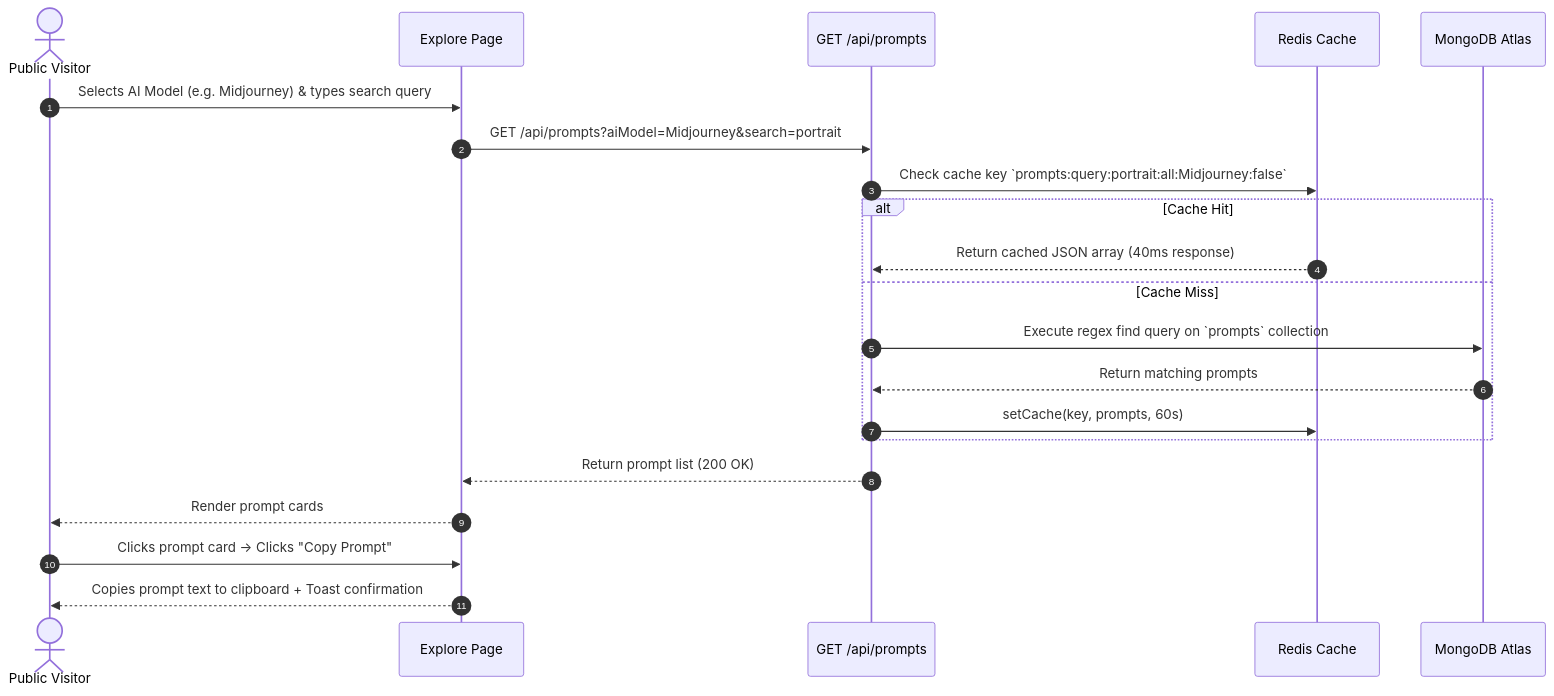
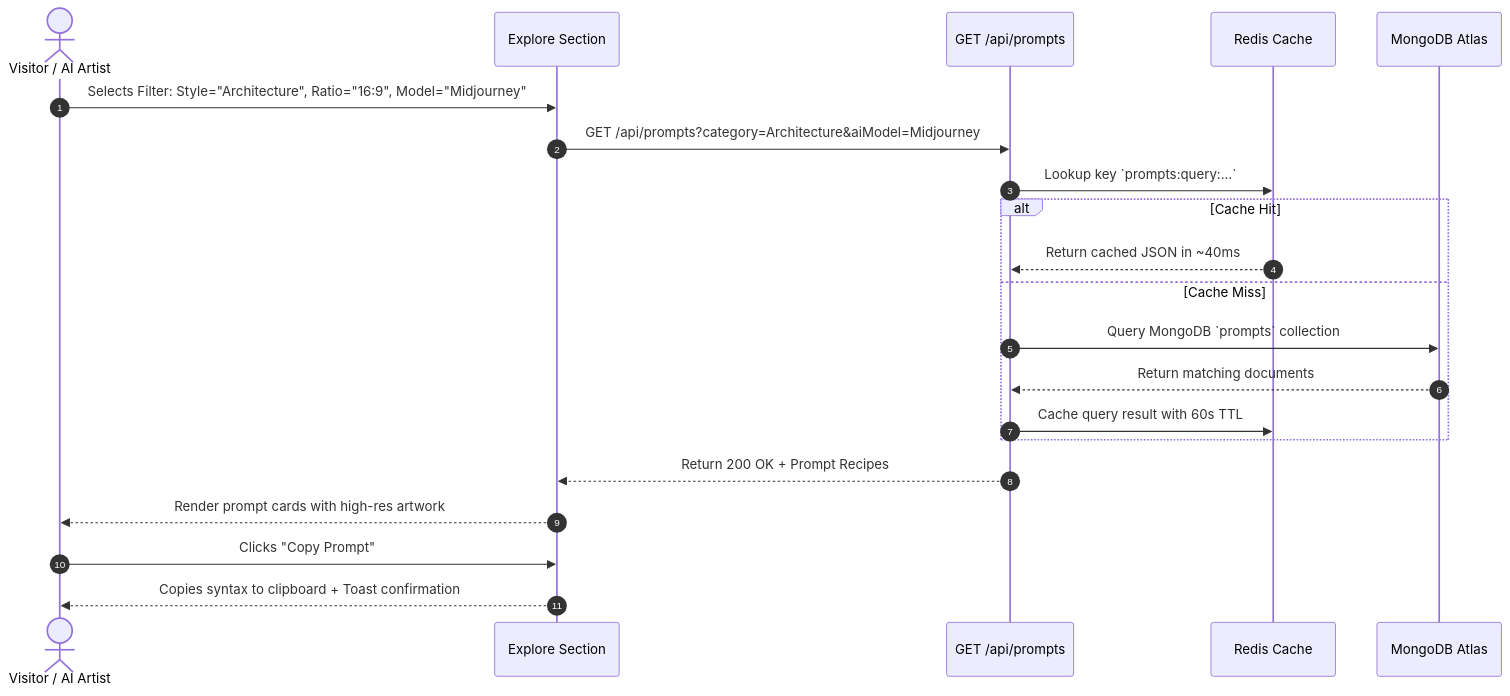
Before and after one commit to Usmankhalid20/trending-Prompt-: the first of 2 diagrams in docs/03-components-and-features.md, drawn with Mermaid. The commit also changed other lines of this file and 5 other files, not shown here.

Commit message:
docs: update technical documentation covering dual-token auth, landing revamp, and architecture

````diff
--- a/docs/03-components-and-features.md
+++ b/docs/03-components-and-features.md
@@ -65,24 +103,24 @@
 ```mermaid
 sequenceDiagram
     autonumber
-    actor User as Public Visitor
-    participant UI as Explore Page
+    actor User as Visitor / AI Artist
+    participant UI as Explore Section
     participant API as GET /api/prompts
     participant Cache as Redis Cache
     participant DB as MongoDB Atlas
 
-    User->>UI: Selects AI Model (e.g. Midjourney) & types search query
-    UI->>API: GET /api/prompts?aiModel=Midjourney&search=portrait
-    API->>Cache: Check cache key `prompts:query:portrait:all:Midjourney:false`
+    User->>UI: Selects Filter: Style="Architecture", Ratio="16:9", Model="Midjourney"
+    UI->>API: GET /api/prompts?category=Architecture&aiModel=Midjourney
+    API->>Cache: Lookup key `prompts:query:...`
     alt Cache Hit
-        Cache-->>API: Return cached JSON array (40ms response)
+        Cache-->>API: Return cached JSON in ~40ms
     else Cache Miss
-        API->>DB: Execute regex find query on `prompts` collection
-        DB-->>API: Return matching prompts
-        API->>Cache: setCache(key, prompts, 60s)
+        API->>DB: Query MongoDB `prompts` collection
+        DB-->>API: Return matching documents
+        API->>Cache: Cache query result with 60s TTL
     end
-    API-->>UI: Return prompt list (200 OK)
-    UI-->>User: Render prompt cards
-    User->>UI: Clicks prompt card -> Clicks "Copy Prompt"
-    UI-->>User: Copies prompt text to clipboard + Toast confirmation
+    API-->>UI: Return 200 OK + Prompt Recipes
+    UI-->>User: Render prompt cards with high-res artwork
+    User->>UI: Clicks "Copy Prompt"
+    UI-->>User: Copies syntax to clipboard + Toast confirmation
 ```
````
